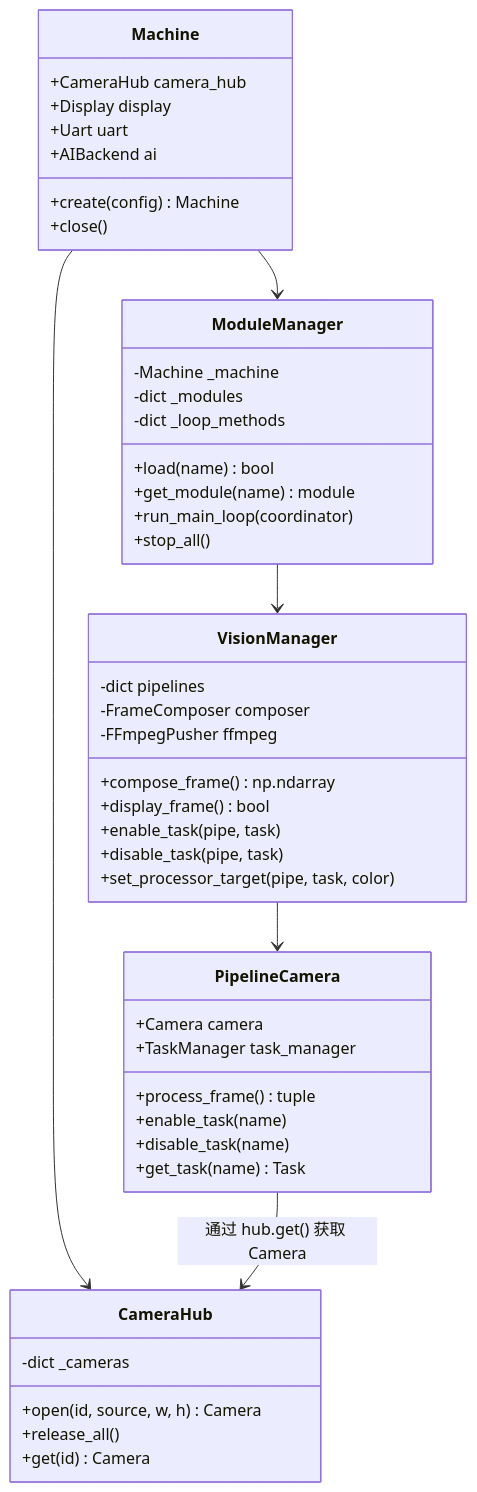
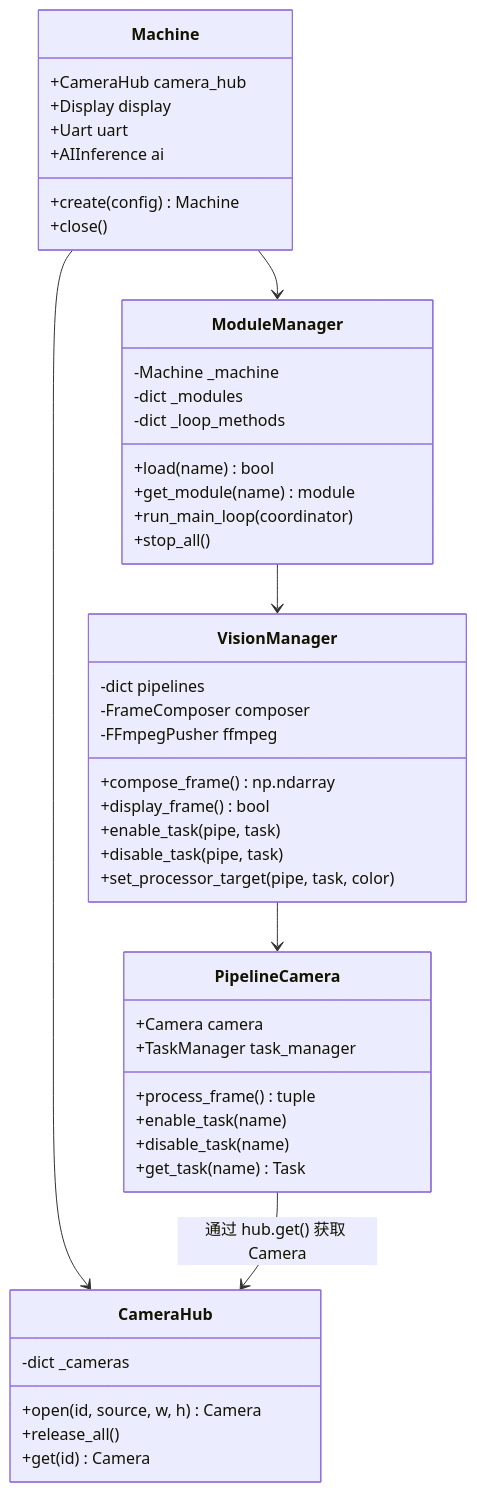
One commit to ju1c3rSH/Zulu-Walker changed the third of 7 diagrams in docs/architecture/hal_overview.md. Above: the diagram before and after it, drawn with Mermaid. The commit also changed other lines of this file and 9 other files, not shown here.

````diff
--- a/docs/architecture/hal_overview.md
+++ b/docs/architecture/hal_overview.md
@@ -64,54 +64,54 @@
 ```mermaid
 classDiagram
     class Machine {
         +CameraHub camera_hub
         +Display display
         +Uart uart
-        +AIBackend ai
+        +AIInference ai
         +create(config) Machine
         +close()
     }
 
     class ModuleManager {
         -Machine _machine
         -dict _modules
         -dict _loop_methods
         +load(name) bool
         +get_module(name) module
         +run_main_loop(coordinator)
         +stop_all()
     }
 
     class CameraHub {
         -dict _cameras
         +open(id, source, w, h) Camera
         +release_all()
         +get(id) Camera
     }
 
     class VisionManager {
         -dict pipelines
         -FrameComposer composer
         -FFmpegPusher ffmpeg
         +compose_frame() np.ndarray
         +display_frame() bool
         +enable_task(pipe, task)
         +disable_task(pipe, task)
         +set_processor_target(pipe, task, color)
     }
 
     class PipelineCamera {
         +Camera camera
         +TaskManager task_manager
         +process_frame() tuple
         +enable_task(name)
         +disable_task(name)
         +get_task(name) Task
     }
 
     Machine --> CameraHub
     Machine --> ModuleManager
     ModuleManager --> VisionManager
     VisionManager --> PipelineCamera
     PipelineCamera --> CameraHub : 通过 hub.get() 获取 Camera
 ```
````
